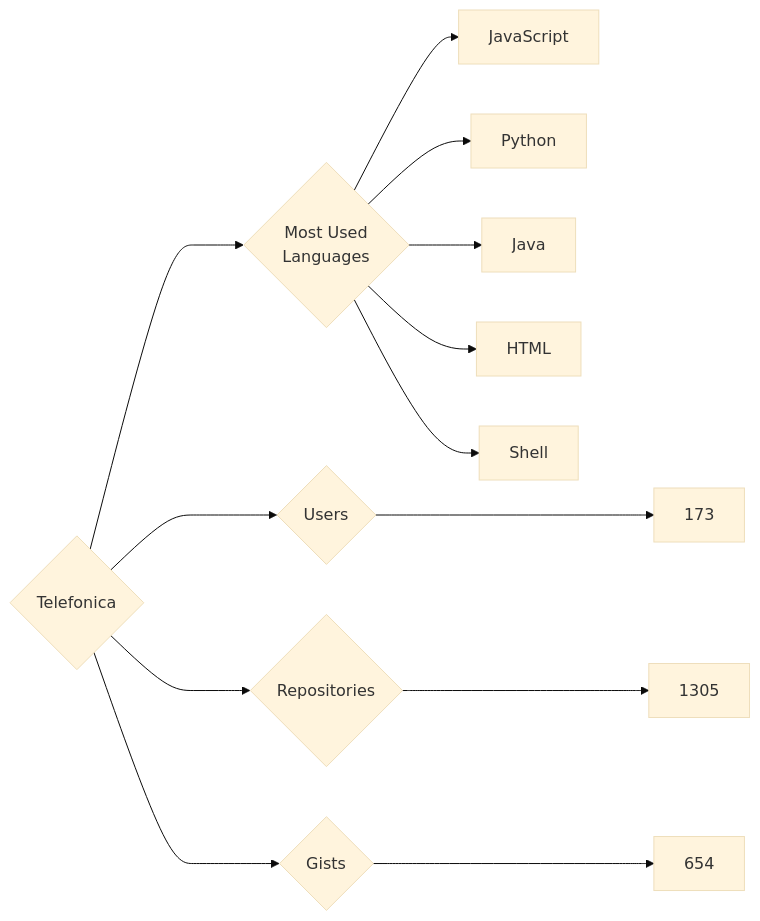
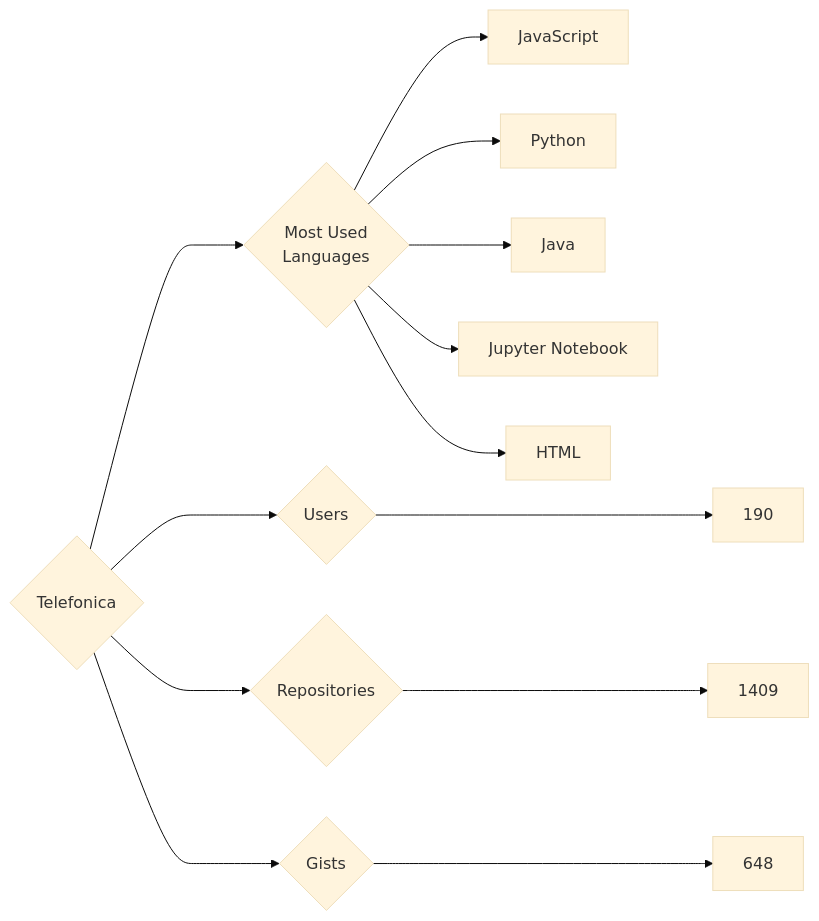
The diagram in targets/Telefonica/README.md (trickest/insiders), drawn with Mermaid (base theme) before and after one commit. The commit also changed 1011 other files, not shown here.

````diff
--- a/targets/Telefonica/README.md
+++ b/targets/Telefonica/README.md
@@ -3,13 +3,13 @@
 ```mermaid
 graph LR
 COMPANY_NAME{Telefonica}
-COMPANY_NAME ---> U{Users} ---> UN[173]
-COMPANY_NAME ---> R{Repositories} ---> RN[1305]
-COMPANY_NAME ---> G{Gists} ---> GN[654]
+COMPANY_NAME ---> U{Users} ---> UN[190]
+COMPANY_NAME ---> R{Repositories} ---> RN[1409]
+COMPANY_NAME ---> G{Gists} ---> GN[648]
 COMPANY_NAME ---> ML{Most Used<br>Languages}
 ML --> JavaScript[JavaScript]
 ML --> Python[Python]
 ML --> Java[Java]
+ML --> Jupyter_Notebook[Jupyter Notebook]
 ML --> HTML[HTML]
-ML --> Shell[Shell]
 ```
````
